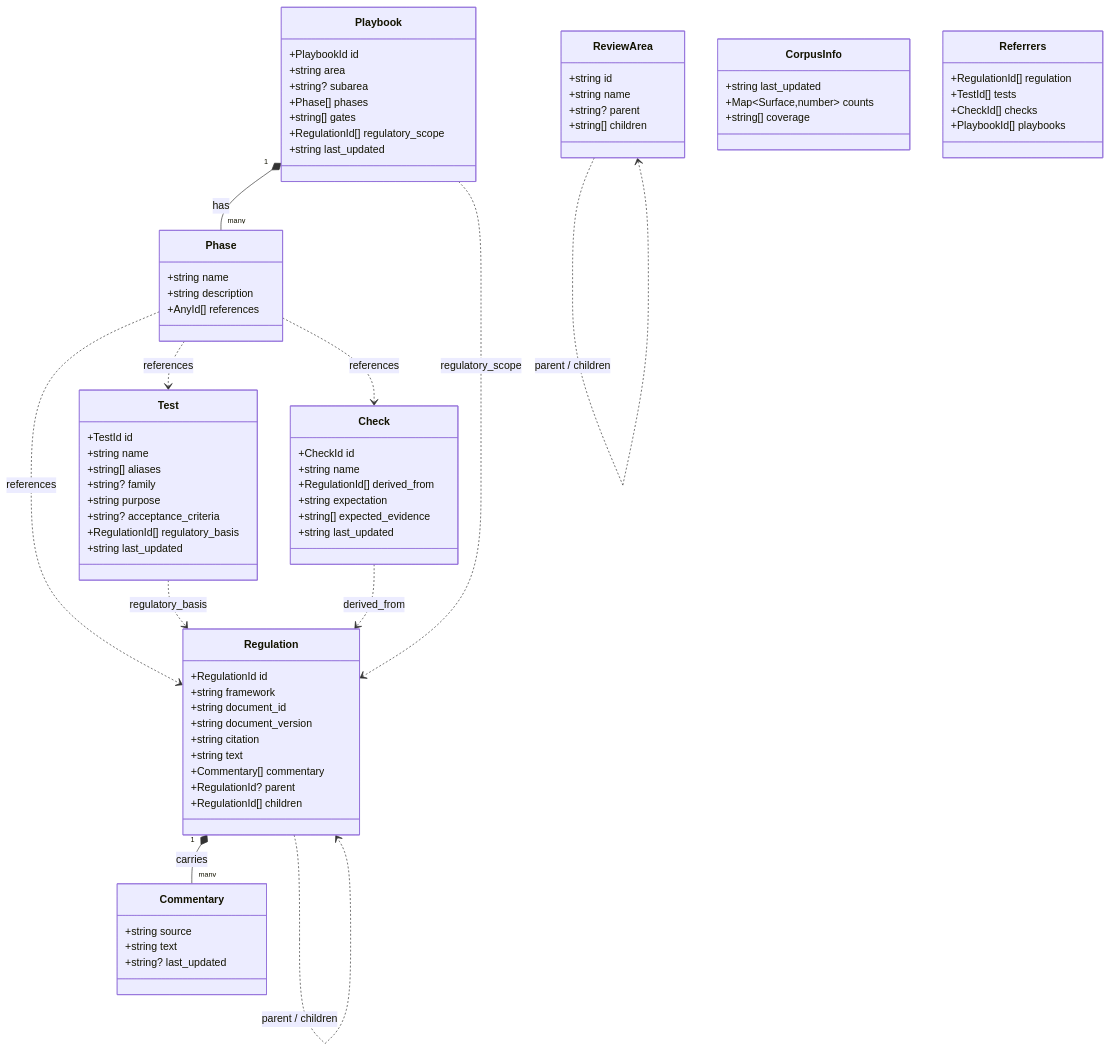
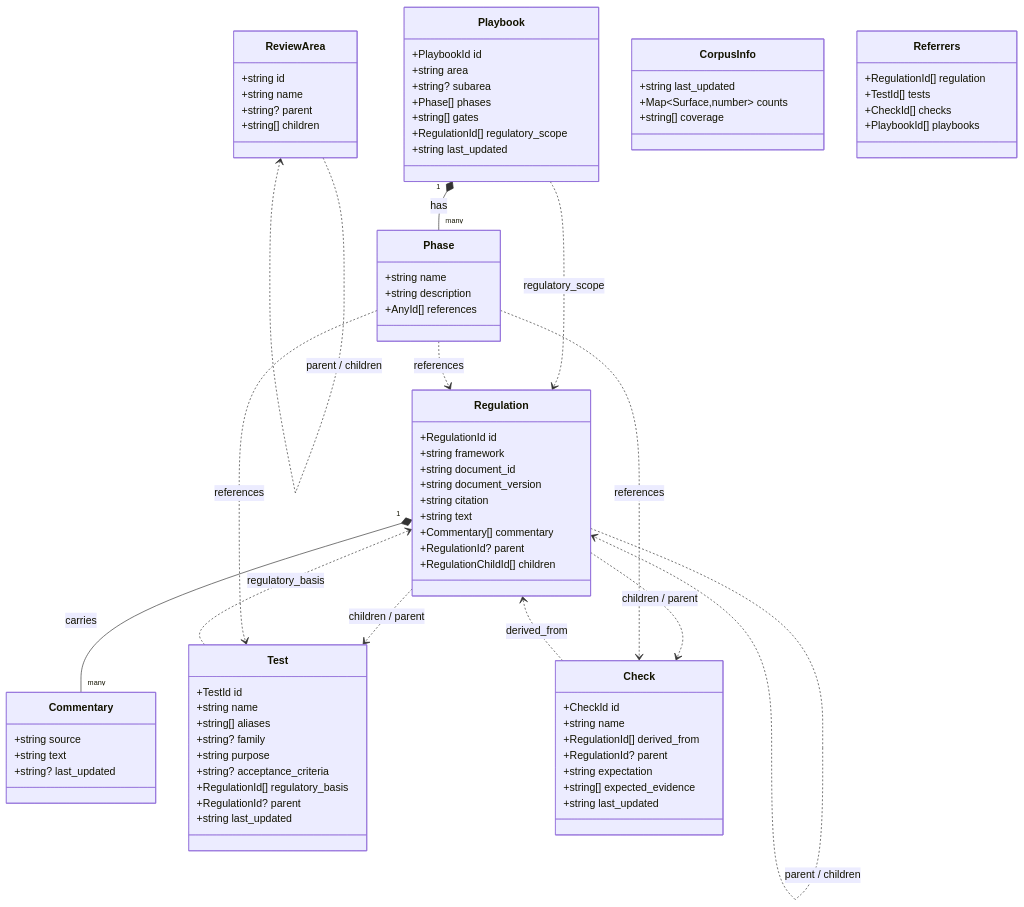
One commit to rhozacc/prudent-mcp changed the first of 2 diagrams in docs/guide/architecture.md. Above: the diagram before and after it, drawn with Mermaid. The commit also changed other lines of this file and 12 other files, not shown here.

```diff
--- a/docs/guide/architecture.md
+++ b/docs/guide/architecture.md
@@ -80,7 +80,7 @@
         +string text
         +Commentary[] commentary
         +RegulationId? parent
-        +RegulationId[] children
+        +RegulationChildId[] children
     }
 
     class Commentary {
@@ -97,6 +97,7 @@
         +string purpose
         +string? acceptance_criteria
         +RegulationId[] regulatory_basis
+        +RegulationId? parent
         +string last_updated
     }
 
@@ -104,6 +105,7 @@
         +CheckId id
         +string name
         +RegulationId[] derived_from
+        +RegulationId? parent
         +string expectation
         +string[] expected_evidence
         +string last_updated
@@ -148,6 +150,8 @@
     Regulation "1" *-- "many" Commentary : carries
     Playbook "1" *-- "many" Phase : has
     Regulation ..> Regulation : parent / children
+    Regulation ..> Check : children / parent
+    Regulation ..> Test : children / parent
     Check ..> Regulation : derived_from
     Test ..> Regulation : regulatory_basis
     Playbook ..> Regulation : regulatory_scope
```
